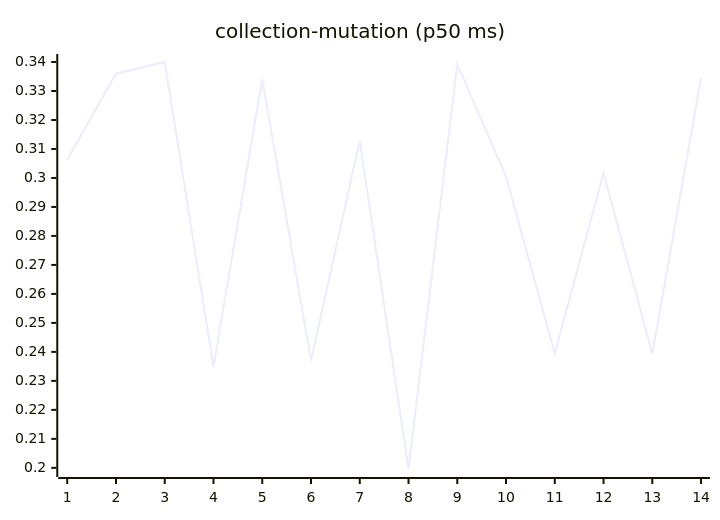
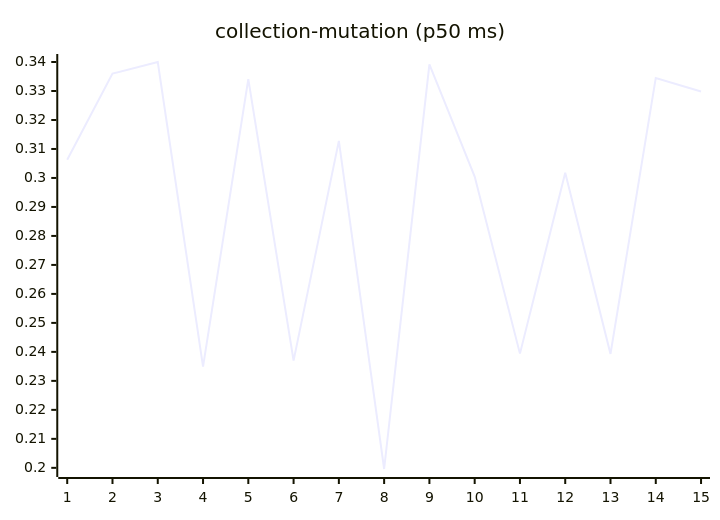
Before and after one commit to josha/Facet: the sixth of 27 diagrams in README.md, drawn with Mermaid. The commit also changed other lines of this file and 2 other files, not shown here.

````diff
--- a/README.md
+++ b/README.md
@@ -98,6 +98,6 @@
 ```mermaid
 xychart-beta
     title "collection-mutation (p50 ms)"
-    x-axis 1 --> 14
-    line [0.3063, 0.3360, 0.3400, 0.2349, 0.3341, 0.2370, 0.3128, 0.1996, 0.3392, 0.3005, 0.2394, 0.3018, 0.2393, 0.3345]
+    x-axis 1 --> 15
+    line [0.3063, 0.3360, 0.3400, 0.2349, 0.3341, 0.2370, 0.3128, 0.1996, 0.3392, 0.3005, 0.2394, 0.3018, 0.2393, 0.3345, 0.3298]
 ```
````
